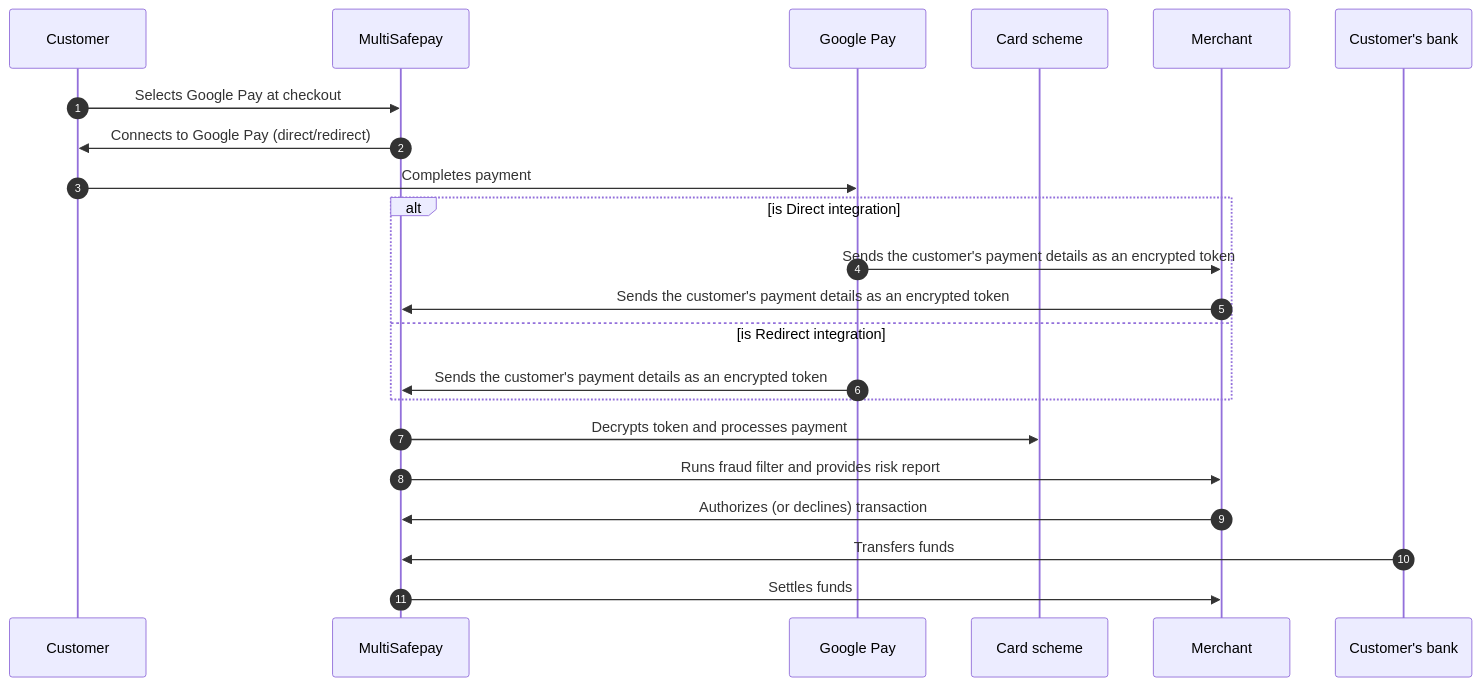
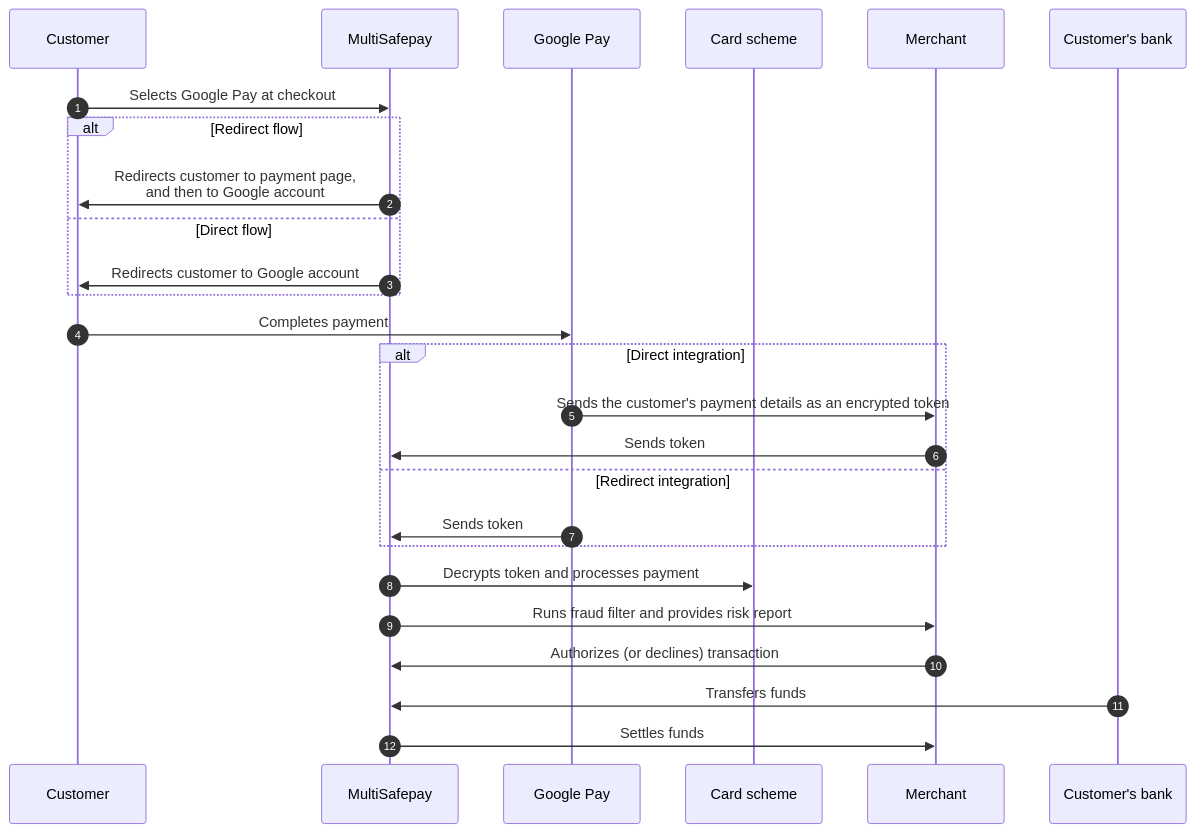
Before and after one commit to MultiSafepay/docs: the diagram in content/payments/methods/wallet/googlepay/payment-flow.md, drawn with Mermaid. The commit also changed other lines of this file and 34 other files, not shown here.

```diff
--- a/content/payments/methods/wallet/googlepay/payment-flow.md
+++ b/content/payments/methods/wallet/googlepay/payment-flow.md
@@ -14,27 +14,31 @@
 {{< mermaid class="text-center" >}}
 
 sequenceDiagram
     autonumber
     participant C as Customer
     participant Mu as MultiSafepay
     participant G as Google Pay
     participant CS as Card scheme
     participant Me as Merchant
     participant CB as Customer's bank
     
     C->>Mu: Selects Google Pay at checkout
-    Mu->>C: Connects to Google Pay (direct/redirect)
+    alt Redirect flow
+    Mu->>C: Redirects customer to payment page, <br> and then to Google account
+    else Direct flow
+    Mu->>C: Redirects customer to Google account
+    end
     C->>G: Completes payment 
-    alt is Direct integration
+    alt Direct integration
     G->>Me: Sends the customer's payment details as an encrypted token
-    Me->>Mu: Sends the customer's payment details as an encrypted token
-    else is Redirect integration
-    G->>Mu: Sends the customer's payment details as an encrypted token
+    Me->>Mu: Sends token
+    else Redirect integration
+    G->>Mu: Sends token
     end
     Mu->>CS: Decrypts token and processes payment
     Mu->>Me: Runs fraud filter and provides risk report
     Me->>Mu: Authorizes (or declines) transaction
     CB->>Mu: Transfers funds 
     Mu->>Me: Settles funds
 
 {{< /mermaid >}}
```
